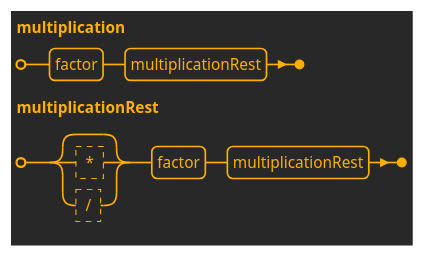
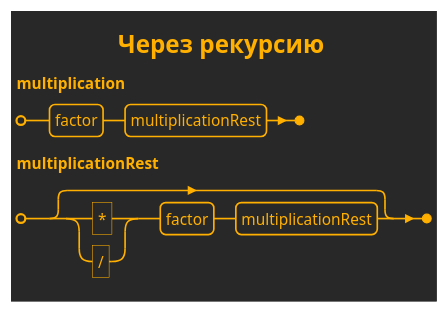
The ninth of 10 diagrams in Domain/MURQ.Domain/URQL/docs/URQL Lines Syntax.md (realsonic/MURQ), drawn with PlantUML before and after one commit. The commit also changed other lines of this file and 6 other files, not shown here.

````diff
--- a/Domain/MURQ.Domain/URQL/docs/URQL Lines Syntax.md
+++ b/Domain/MURQ.Domain/URQL/docs/URQL Lines Syntax.md
@@ -146,7 +174,10 @@
 ```plantuml
-@startebnf joinedStatements
+@startebnf Адаптация multiplication через рекурсию
 !theme crt-amber
+
+title Через рекурсию
+
 multiplication = factor, multiplicationRest;
-multiplicationRest = [ (? * ? | ? / ?) ], factor, multiplicationRest;
+multiplicationRest = [('*' | '/'), factor, multiplicationRest];
 @endebnf
 ```
````
